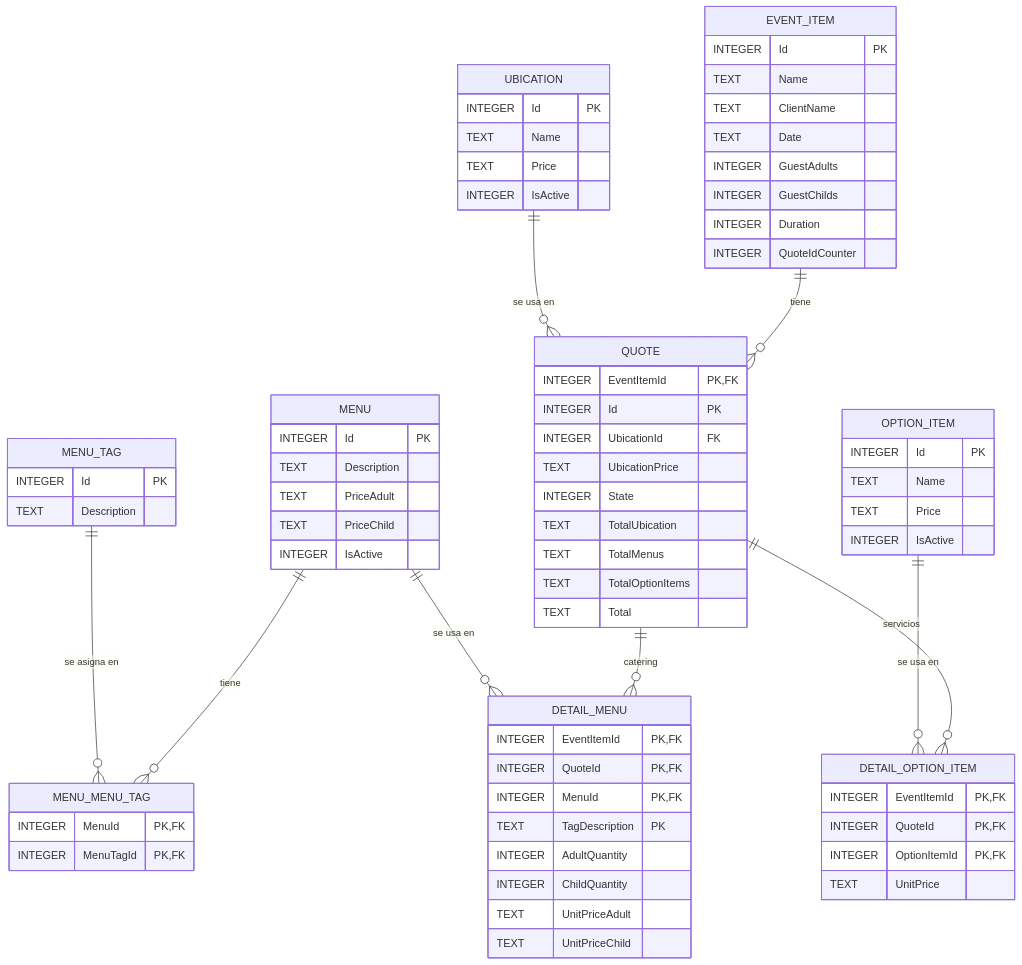
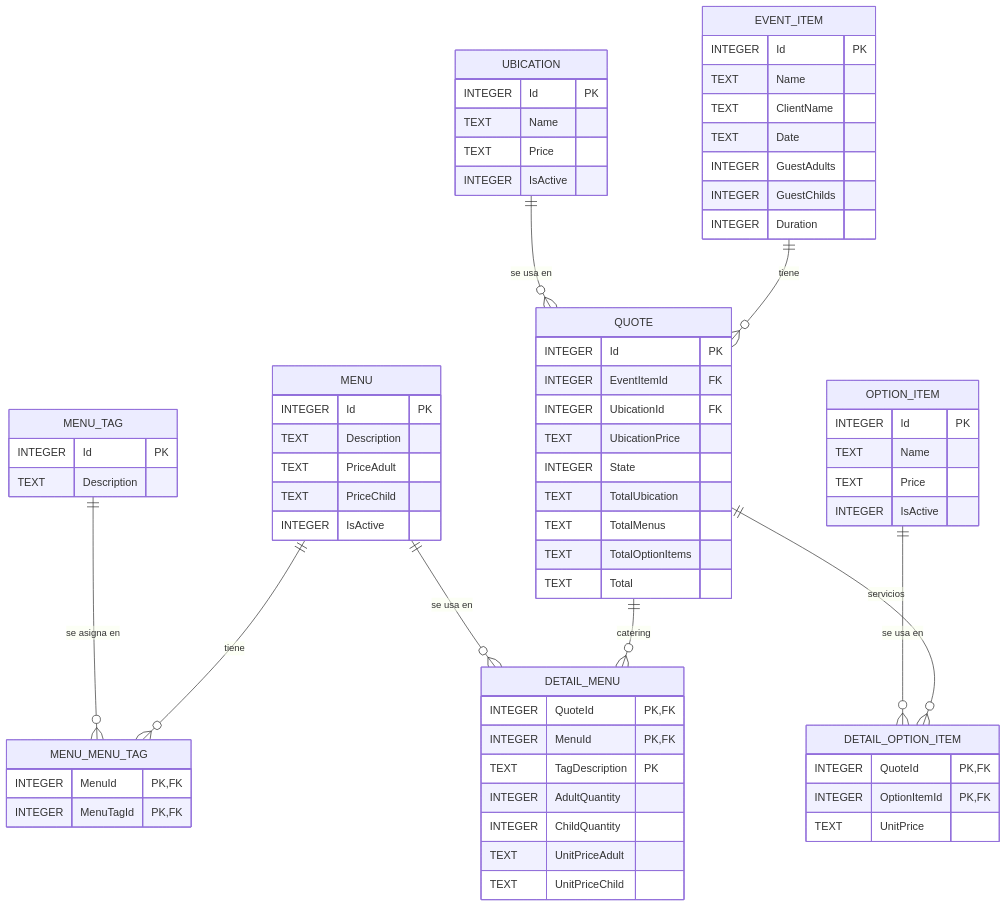
Before and after one commit to ArdanzaLucas/ProyectoGestionEventos: the third of 6 diagrams in Docs/UML.md, drawn with Mermaid. The commit also changed other lines of this file and 30 other files, not shown here.

````diff
--- a/Docs/UML.md
+++ b/Docs/UML.md
@@ -258,76 +260,73 @@
 ```mermaid
 erDiagram
   UBICATION {
     INTEGER Id PK
     TEXT Name
     TEXT Price
     INTEGER IsActive
   }
   MENU {
     INTEGER Id PK
     TEXT Description
     TEXT PriceAdult
     TEXT PriceChild
     INTEGER IsActive
   }
   MENU_TAG {
     INTEGER Id PK
     TEXT Description
   }
   MENU_MENU_TAG {
     INTEGER MenuId PK, FK
     INTEGER MenuTagId PK, FK
   }
   OPTION_ITEM {
     INTEGER Id PK
     TEXT Name
     TEXT Price
     INTEGER IsActive
   }
   EVENT_ITEM {
     INTEGER Id PK
     TEXT Name
     TEXT ClientName
     TEXT Date
     INTEGER GuestAdults
     INTEGER GuestChilds
     INTEGER Duration
-    INTEGER QuoteIdCounter
   }
   QUOTE {
-    INTEGER EventItemId PK, FK
     INTEGER Id PK
+    INTEGER EventItemId FK
     INTEGER UbicationId FK
     TEXT UbicationPrice
     INTEGER State
     TEXT TotalUbication
     TEXT TotalMenus
     TEXT TotalOptionItems
     TEXT Total
   }
   DETAIL_MENU {
-    INTEGER EventItemId PK, FK
     INTEGER QuoteId PK, FK
     INTEGER MenuId PK, FK
     TEXT TagDescription PK
     INTEGER AdultQuantity
     INTEGER ChildQuantity
     TEXT UnitPriceAdult
     TEXT UnitPriceChild
   }
   DETAIL_OPTION_ITEM {
-    INTEGER EventItemId PK, FK
     INTEGER QuoteId PK, FK
     INTEGER OptionItemId PK, FK
     TEXT UnitPrice
   }
 
   EVENT_ITEM ||--o{ QUOTE : "tiene"
   UBICATION ||--o{ QUOTE : "se usa en"
   QUOTE ||--o{ DETAIL_MENU : "catering"
   MENU ||--o{ DETAIL_MENU : "se usa en"
   QUOTE ||--o{ DETAIL_OPTION_ITEM : "servicios"
   OPTION_ITEM ||--o{ DETAIL_OPTION_ITEM : "se usa en"
   MENU ||--o{ MENU_MENU_TAG : "tiene"
   MENU_TAG ||--o{ MENU_MENU_TAG : "se asigna en"
 ```
````
